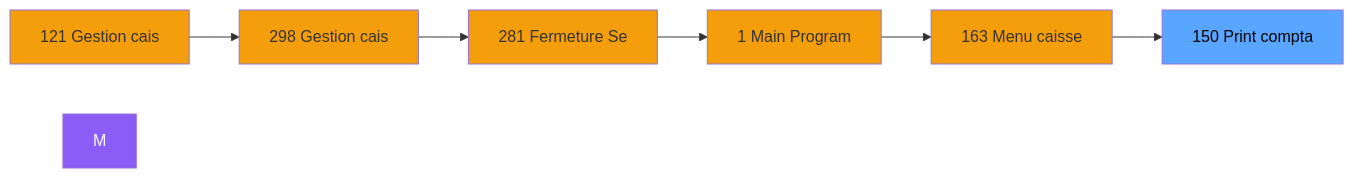
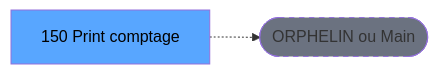
Before and after one commit to thonyAGP/lecteur-magic: the second of 3 diagrams in .openspec/renders/ADH-IDE-150.md, drawn with Mermaid. The commit also changed other lines of this file and 701 other files, not shown here.

````diff
--- a/.openspec/renders/ADH-IDE-150.md
+++ b/.openspec/renders/ADH-IDE-150.md
@@ -113,21 +120,8 @@
 ```mermaid
 graph LR
-    N121[121 Gestion cais]
-    N298[298 Gestion cais]
-    N281[281 Fermeture Se]
-    N1[1 Main Program]
-    N163[163 Menu caisse ]
-    T[150 Print compta]
-    N121 --> N298
-    N298 --> N281
-    N281 --> N1
-    N1 --> N163
-    N163 --> T
-    style M fill:#8b5cf6,color:#fff
-    style N121 fill:#f59e0b
-    style N298 fill:#f59e0b
-    style N281 fill:#f59e0b
-    style N1 fill:#f59e0b
-    style N163 fill:#f59e0b
+    T[150 Print comptage ]
+    ORPHAN([ORPHELIN ou Main])
+    T -.-> ORPHAN
     style T fill:#58a6ff,color:#000
+    style ORPHAN fill:#6b7280,stroke-dasharray: 5 5
 ```
````
